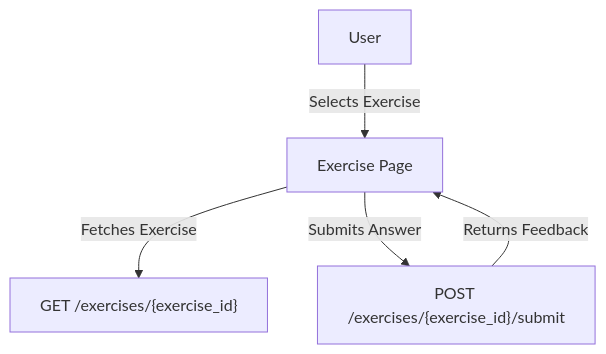
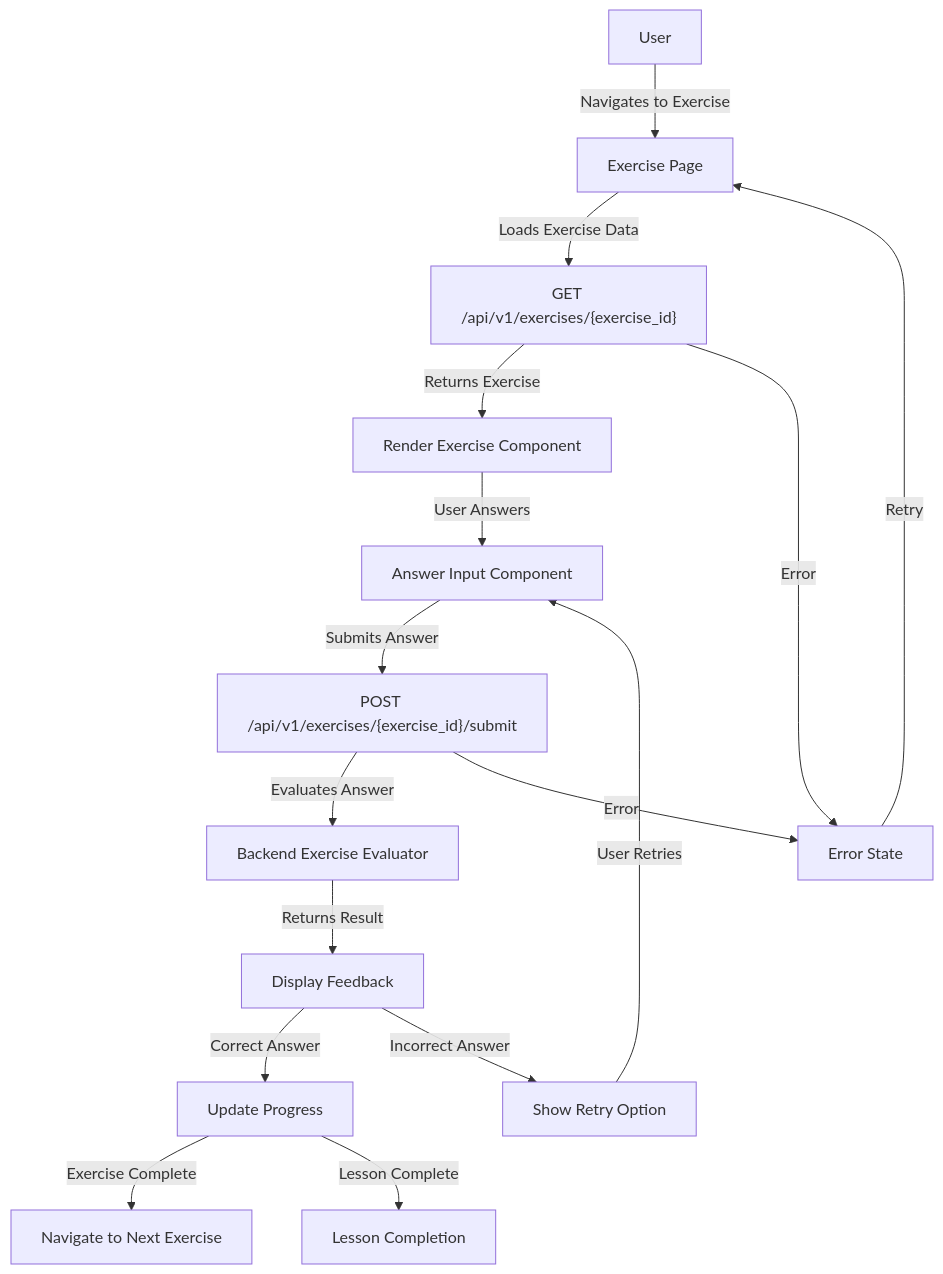
The diagram in docs/features/exercise-interaction.md (husams/grammar-anatomy-interactive), drawn with Mermaid before and after one commit. The commit also changed other lines of this file, not shown here.

First line of the commit message:
docs: enhance exercise-interaction specification with comprehensive technical details

````diff
--- a/docs/features/exercise-interaction.md
+++ b/docs/features/exercise-interaction.md
@@ -15,7 +31,23 @@
 ```mermaid
 flowchart TD
-    User["User"] -->|"Selects Exercise"| ExercisePage["Exercise Page"]
-    ExercisePage -->|"Fetches Exercise"| ExerciseAPI["GET /exercises/{exercise_id}"]
-    ExercisePage -->|"Submits Answer"| SubmitAPI["POST /exercises/{exercise_id}/submit"]
-    SubmitAPI -->|"Returns Feedback"| ExercisePage
+    User["User"] -->|"Navigates to Exercise"| ExercisePage["Exercise Page"]
+    ExercisePage -->|"Loads Exercise Data"| ExerciseAPI["GET /api/v1/exercises/{exercise_id}"]
+    ExerciseAPI -->|"Returns Exercise"| RenderExercise["Render Exercise Component"]
+    
+    RenderExercise -->|"User Answers"| AnswerInput["Answer Input Component"]
+    AnswerInput -->|"Submits Answer"| SubmitAPI["POST /api/v1/exercises/{exercise_id}/submit"]
+    
+    SubmitAPI -->|"Evaluates Answer"| ExerciseEvaluator["Backend Exercise Evaluator"]
+    ExerciseEvaluator -->|"Returns Result"| FeedbackDisplay["Display Feedback"]
+    
+    FeedbackDisplay -->|"Correct Answer"| ProgressUpdate["Update Progress"]
+    FeedbackDisplay -->|"Incorrect Answer"| RetryOption["Show Retry Option"]
+    
+    RetryOption -->|"User Retries"| AnswerInput
+    ProgressUpdate -->|"Exercise Complete"| NextExercise["Navigate to Next Exercise"]
+    ProgressUpdate -->|"Lesson Complete"| LessonComplete["Lesson Completion"]
+    
+    ExerciseAPI -->|"Error"| ErrorHandler["Error State"]
+    SubmitAPI -->|"Error"| ErrorHandler
+    ErrorHandler -->|"Retry"| ExercisePage
 ```
````
